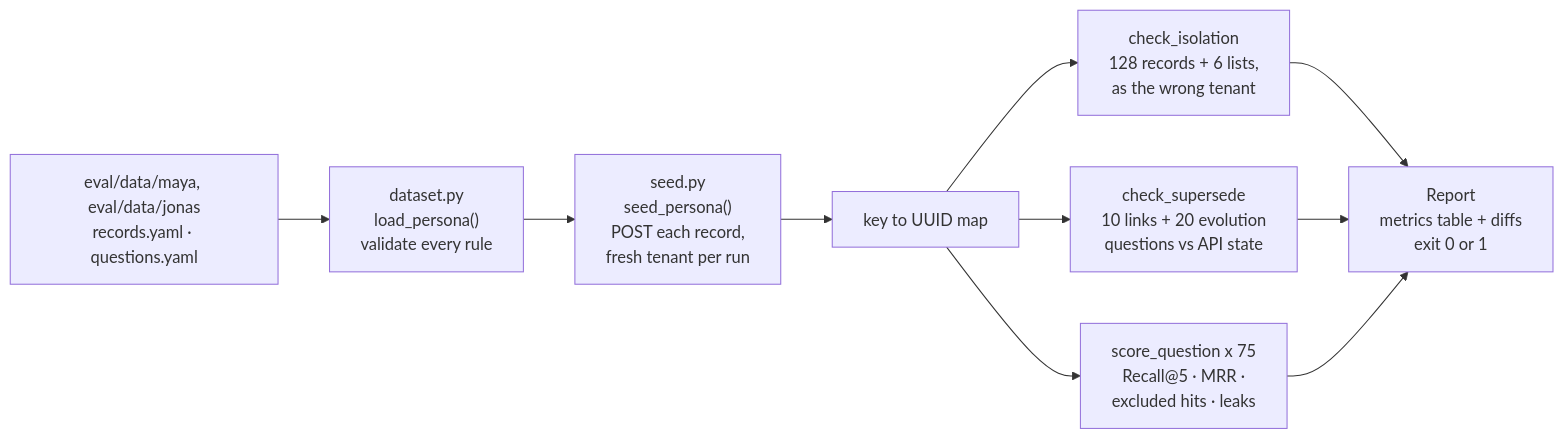
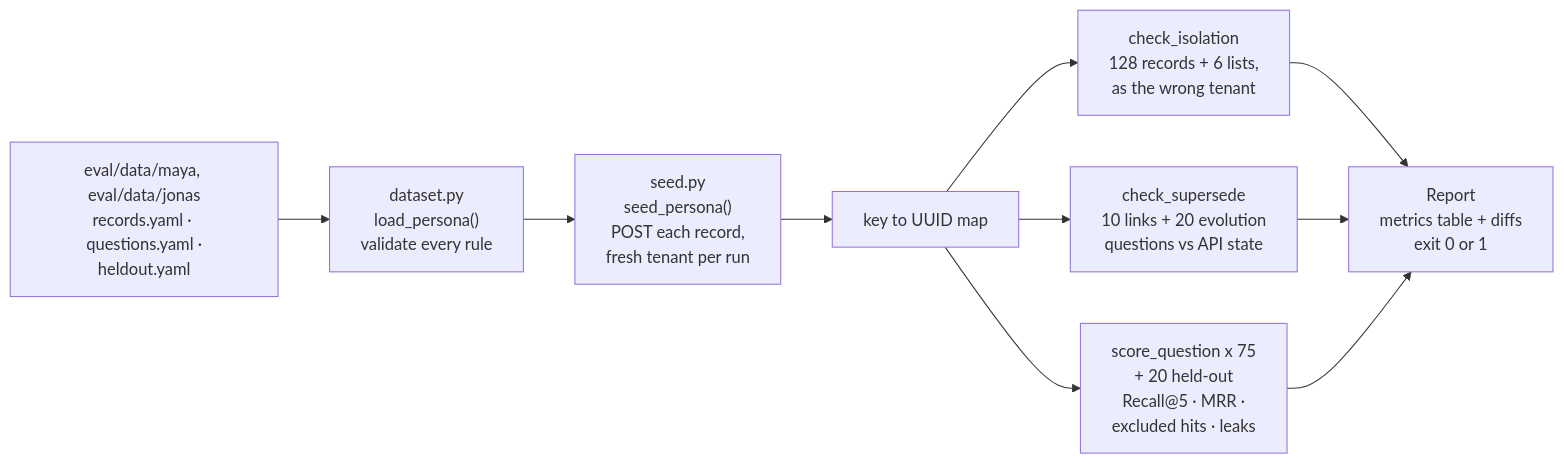
Before and after one commit to ZiadHendawy/mutable: the ninth of 10 diagrams in README.md, drawn with Mermaid. The commit also changed other lines of this file and 6 other files, not shown here.

````diff
--- a/README.md
+++ b/README.md
@@ -407,10 +407,10 @@
 ```mermaid
 flowchart LR
-    yaml["eval/data/maya, eval/data/jonas<br/>records.yaml · questions.yaml"] --> ds["dataset.py<br/>load_persona()<br/>validate every rule"]
+    yaml["eval/data/maya, eval/data/jonas<br/>records.yaml · questions.yaml ·<br/>heldout.yaml"] --> ds["dataset.py<br/>load_persona()<br/>validate every rule"]
     ds --> seed["seed.py<br/>seed_persona()<br/>POST each record,<br/>fresh tenant per run"]
     seed --> ids["key to UUID map"]
     ids --> iso["check_isolation<br/>128 records + 6 lists,<br/>as the wrong tenant"]
     ids --> sup["check_supersede<br/>10 links + 20 evolution<br/>questions vs API state"]
-    ids --> ret["score_question x 75<br/>Recall@5 · MRR ·<br/>excluded hits · leaks"]
+    ids --> ret["score_question x 75<br/>+ 20 held-out<br/>Recall@5 · MRR ·<br/>excluded hits · leaks"]
     iso & sup & ret --> rep["Report<br/>metrics table + diffs<br/>exit 0 or 1"]
 ```
````
